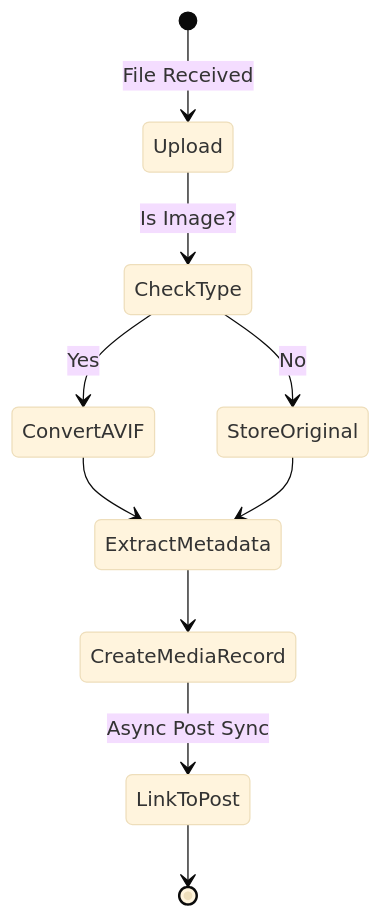
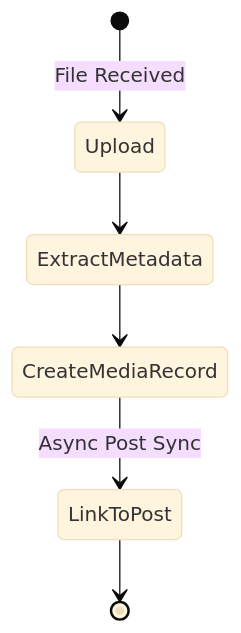
One commit to amirhossein-moloki/Blog changed the third of 4 diagrams in COMPREHENSIVE_ARCHITECTURE.md. Above: the diagram before and after it, drawn with Mermaid (base theme). The commit also changed other lines of this file and 17 other files, not shown here.

````diff
--- a/COMPREHENSIVE_ARCHITECTURE.md
+++ b/COMPREHENSIVE_ARCHITECTURE.md
@@ -481,12 +477,8 @@
 ```mermaid
 stateDiagram-v2
     [*] --> Upload: File Received
-    Upload --> CheckType: Is Image?
-    CheckType --> ConvertAVIF: Yes
-    CheckType --> StoreOriginal: No
-    ConvertAVIF --> ExtractMetadata
-    StoreOriginal --> ExtractMetadata
+    Upload --> ExtractMetadata
     ExtractMetadata --> CreateMediaRecord
     CreateMediaRecord --> LinkToPost: Async Post Sync
     LinkToPost --> [*]
 ```
````
